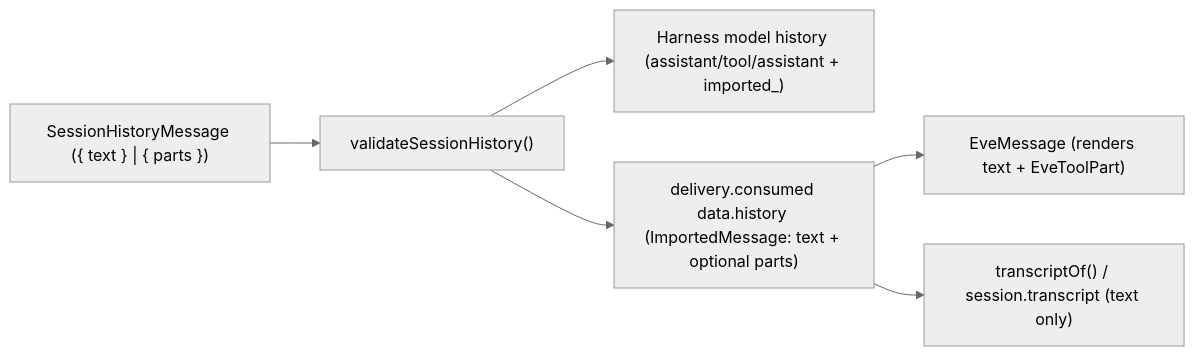
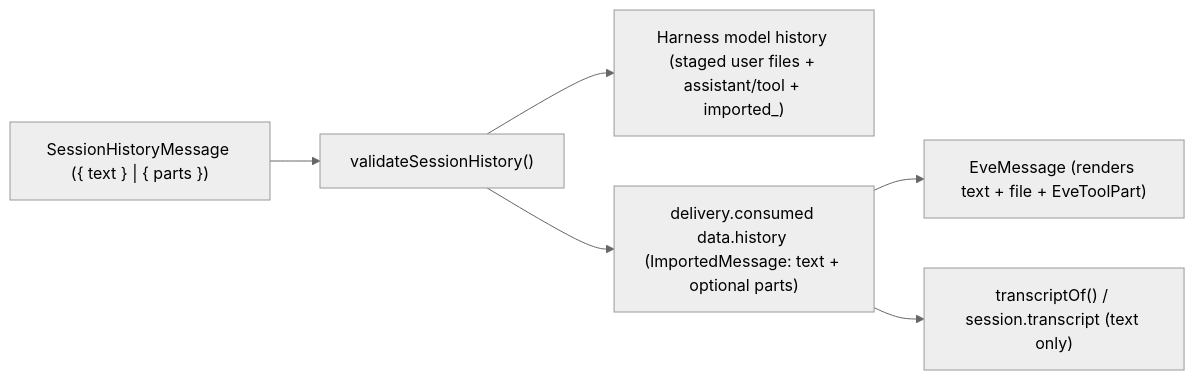
One commit to vercel/eve changed the diagram in research/session-history-parts.md. Above: the diagram before and after it, drawn with Mermaid (neutral theme). The commit also changed other lines of this file and 38 other files, not shown here.

Commit message:
feat(eve): support file attachments in user session history parts (#6907)

````diff
--- a/research/session-history-parts.md
+++ b/research/session-history-parts.md
@@ -74,8 +92,8 @@
 ```mermaid
 flowchart LR
   Input["SessionHistoryMessage ({ text } | { parts })"] --> Validate["validateSessionHistory()"]
-  Validate --> Lower["Harness model history (assistant/tool/assistant + imported_<n>)"]
+  Validate --> Lower["Harness model history (staged user files + assistant/tool + imported_<n>)"]
   Validate --> Event["delivery.consumed data.history (ImportedMessage: text + optional parts)"]
-  Event --> UI["EveMessage (renders text + EveToolPart)"]
+  Event --> UI["EveMessage (renders text + file + EveToolPart)"]
   Event --> Transcript["transcriptOf() / session.transcript (text only)"]
 ```
````
